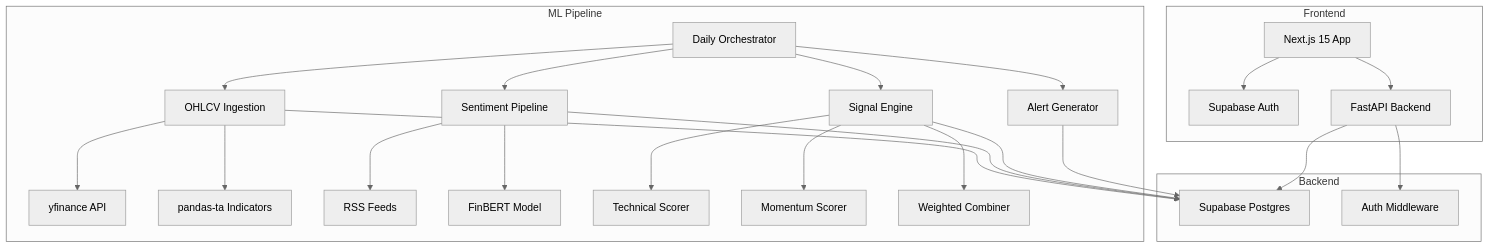
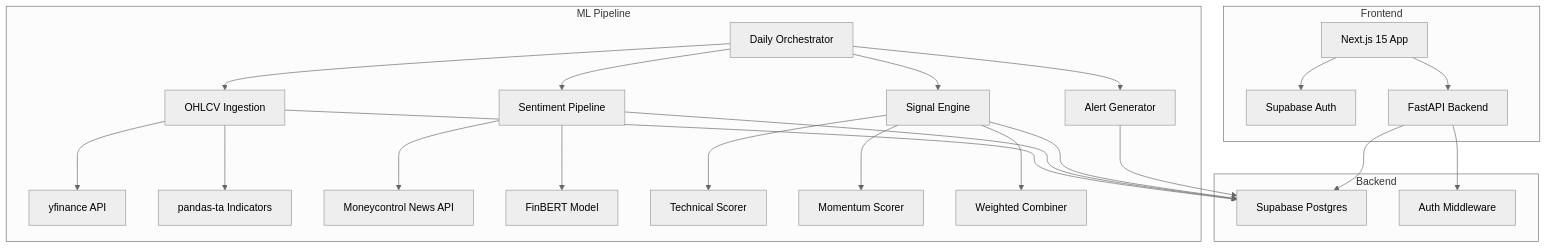
The diagram in docs/architecture.md (saiompatro/NiveshSutra), drawn with Mermaid (neutral theme) before and after one commit. The commit also changed other lines of this file and 165 other files, not shown here.

Commit message:
everything now in python and using moneycontrol and yfinance api

````diff
--- a/docs/architecture.md
+++ b/docs/architecture.md
@@ -5,31 +5,31 @@
 ```mermaid
 graph TB
     subgraph Frontend
         A[Next.js 15 App] --> B[Supabase Auth]
         A --> C[FastAPI Backend]
     end
 
     subgraph Backend
         C --> D[Supabase Postgres]
         C --> E[Auth Middleware]
     end
 
     subgraph ML Pipeline
         F[Daily Orchestrator] --> G[OHLCV Ingestion]
         F --> H[Sentiment Pipeline]
         F --> I[Signal Engine]
         F --> J[Alert Generator]
         G --> K[yfinance API]
         G --> L[pandas-ta Indicators]
-        H --> M[RSS Feeds]
+        H --> M[Moneycontrol News API]
         H --> N[FinBERT Model]
         I --> O[Technical Scorer]
         I --> P[Momentum Scorer]
         I --> Q[Weighted Combiner]
     end
 
     G --> D
     H --> D
     I --> D
     J --> D
 ```
````
